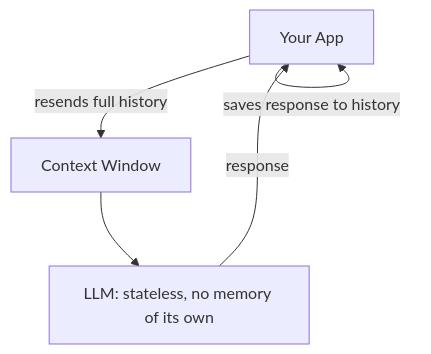
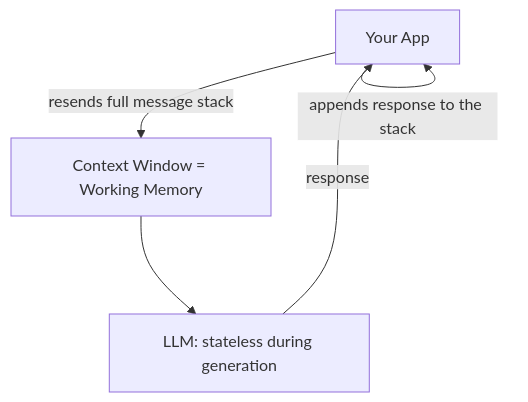
One commit to lokumai/ai-minicourses changed the first of 2 diagrams in mini-courses/1_fundamentals/5_memory.md. Above: the diagram before and after it, drawn with Mermaid. The commit also changed other lines of this file and 1 other file, not shown here.

Commit message:
feat: add memory module

````diff
--- a/mini-courses/1_fundamentals/5_memory.md
+++ b/mini-courses/1_fundamentals/5_memory.md
@@ -28,7 +75,7 @@
 ```mermaid
 graph TD
-    A[Your App] -->|resends full history| B[Context Window]
-    B --> C[LLM: stateless, no memory of its own]
+    A[Your App] -->|resends full message stack| B[Context Window = Working Memory]
+    B --> C[LLM: stateless during generation]
     C -->|response| A
-    A -->|saves response to history| A
+    A -->|appends response to the stack| A
 ```
````
